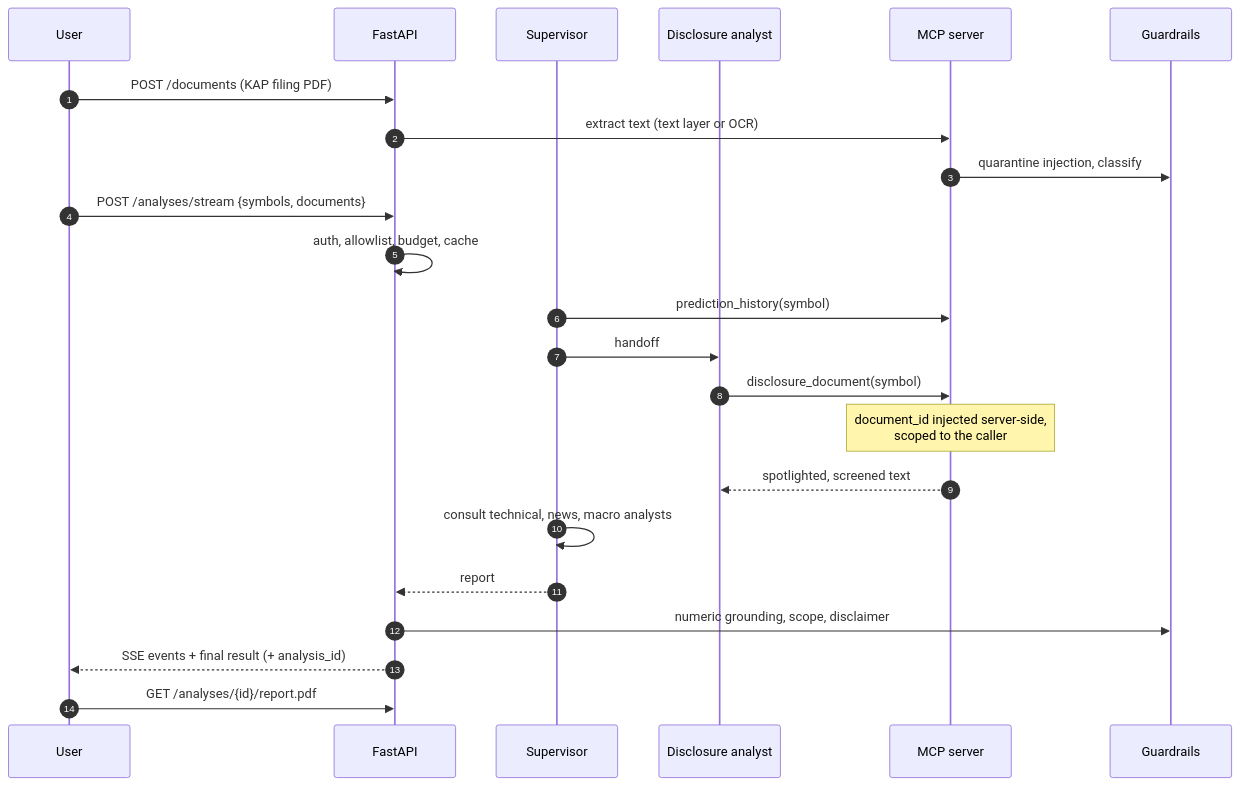
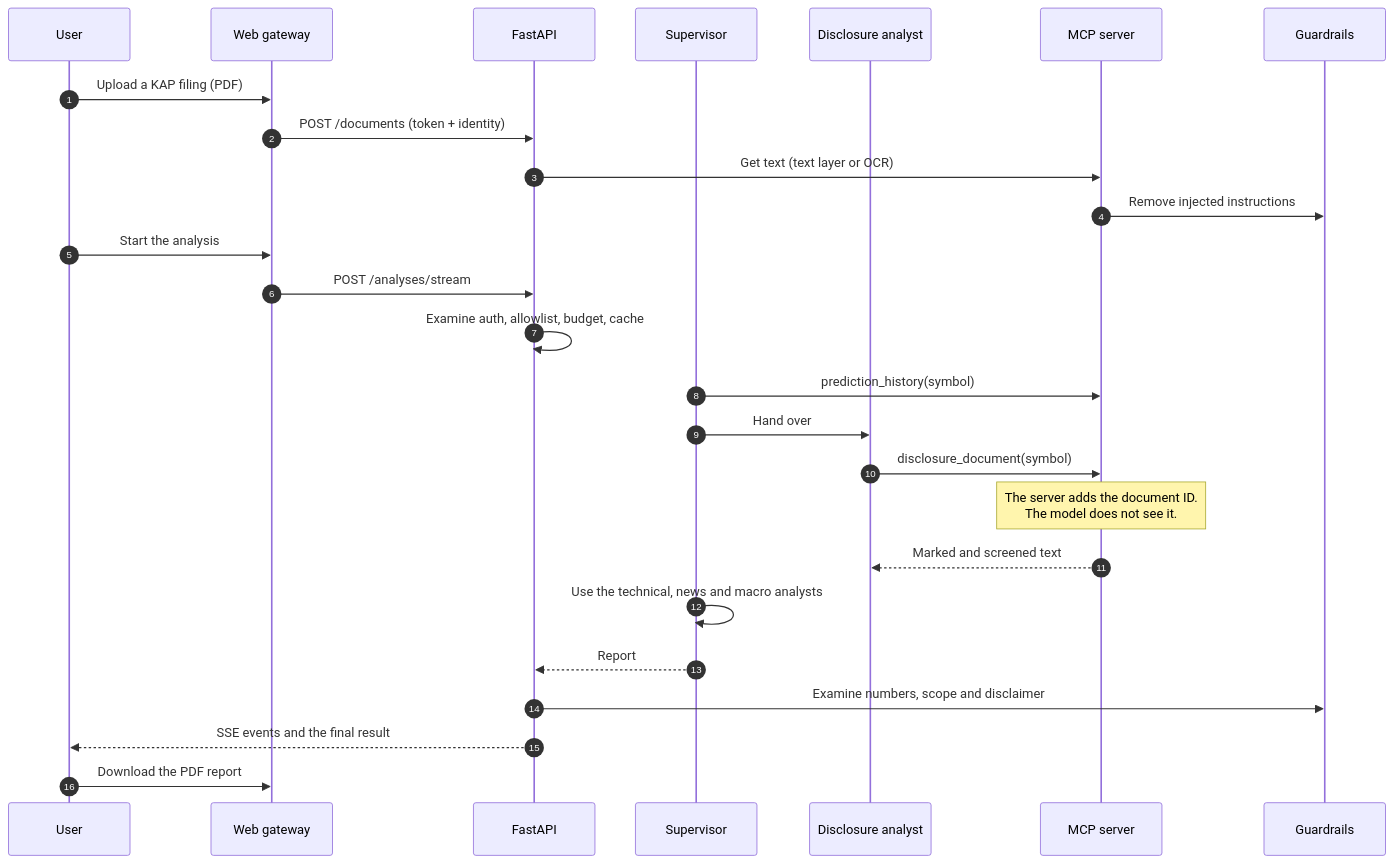
One commit to MuhammetAliVarlik/AgenticInvestingEngine changed the third of 18 diagrams in README.md. Above: the diagram before and after it, drawn with Mermaid. The commit also changed other lines of this file and 3 other files, not shown here.

First line of the commit message:
Rewrite the documentation in ASD-STE100 with Mermaid diagrams

````diff
--- a/README.md
+++ b/README.md
@@ -110,26 +159,29 @@
 ```mermaid
 sequenceDiagram
     autonumber
     participant U as User
+    participant GW as Web gateway
     participant API as FastAPI
     participant S as Supervisor
     participant D as Disclosure analyst
     participant M as MCP server
     participant G as Guardrails
 
-    U->>API: POST /documents (KAP filing PDF)
-    API->>M: extract text (text layer or OCR)
-    M->>G: quarantine injection, classify
-    U->>API: POST /analyses/stream {symbols, documents}
-    API->>API: auth, allowlist, budget, cache
+    U->>GW: Upload a KAP filing (PDF)
+    GW->>API: POST /documents (token + identity)
+    API->>M: Get text (text layer or OCR)
+    M->>G: Remove injected instructions
+    U->>GW: Start the analysis
+    GW->>API: POST /analyses/stream
+    API->>API: Examine auth, allowlist, budget, cache
     S->>M: prediction_history(symbol)
-    S->>D: handoff
+    S->>D: Hand over
     D->>M: disclosure_document(symbol)
-    Note over M: document_id injected server-side,<br/>scoped to the caller
-    M-->>D: spotlighted, screened text
-    S->>S: consult technical, news, macro analysts
-    S-->>API: report
-    API->>G: numeric grounding, scope, disclaimer
-    API-->>U: SSE events + final result (+ analysis_id)
-    U->>API: GET /analyses/{id}/report.pdf
+    Note over M: The server adds the document ID.<br/>The model does not see it.
+    M-->>D: Marked and screened text
+    S->>S: Use the technical, news and macro analysts
+    S-->>API: Report
+    API->>G: Examine numbers, scope and disclaimer
+    API-->>U: SSE events and the final result
+    U->>GW: Download the PDF report
 ```
````
